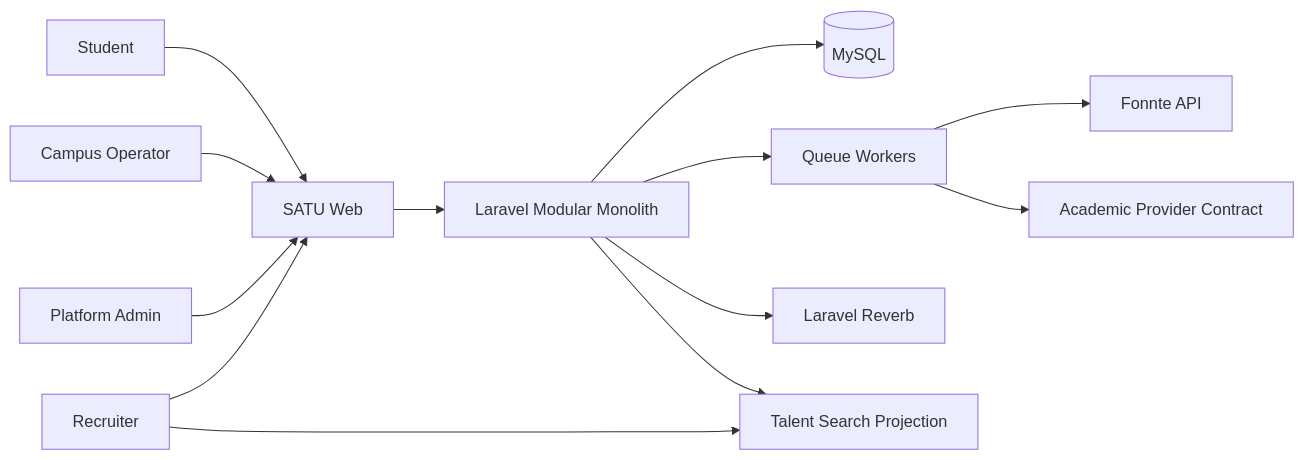
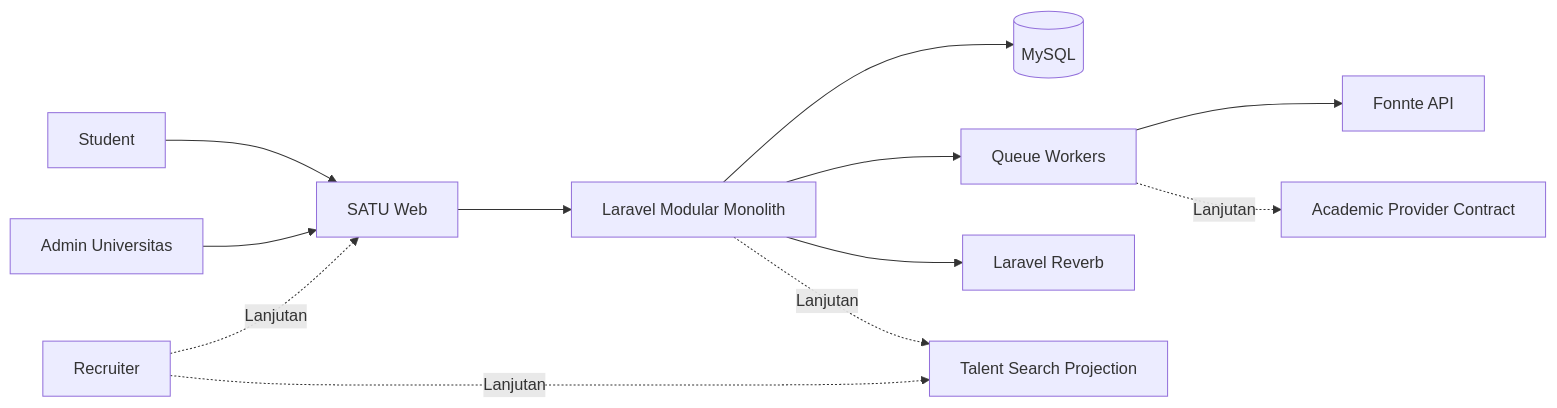
One commit to Alfian57/satu-platform changed the diagram in docs/engineering/ARCHITECTURE.md. Above: the diagram before and after it, drawn with Mermaid. The commit also changed other lines of this file and 601 other files, not shown here.

````diff
--- a/docs/engineering/ARCHITECTURE.md
+++ b/docs/engineering/ARCHITECTURE.md
@@ -9,15 +20,14 @@
 ```mermaid
 flowchart LR
     Student --> Web[SATU Web]
-    Campus[Campus Operator] --> Web
-    Platform[Platform Admin] --> Web
-    Recruiter --> Web
+    Admin[Admin Universitas] --> Web
+    Recruiter -. Lanjutan .-> Web
     Web --> App[Laravel Modular Monolith]
     App --> DB[(MySQL)]
     App --> Queue[Queue Workers]
     App --> Reverb[Laravel Reverb]
     Queue --> Fonnte[Fonnte API]
-    Queue --> Academic[Academic Provider Contract]
-    Recruiter --> Talent[Talent Search Projection]
-    App --> Talent
+    Queue -. Lanjutan .-> Academic[Academic Provider Contract]
+    Recruiter -. Lanjutan .-> Talent[Talent Search Projection]
+    App -. Lanjutan .-> Talent
 ```
````
